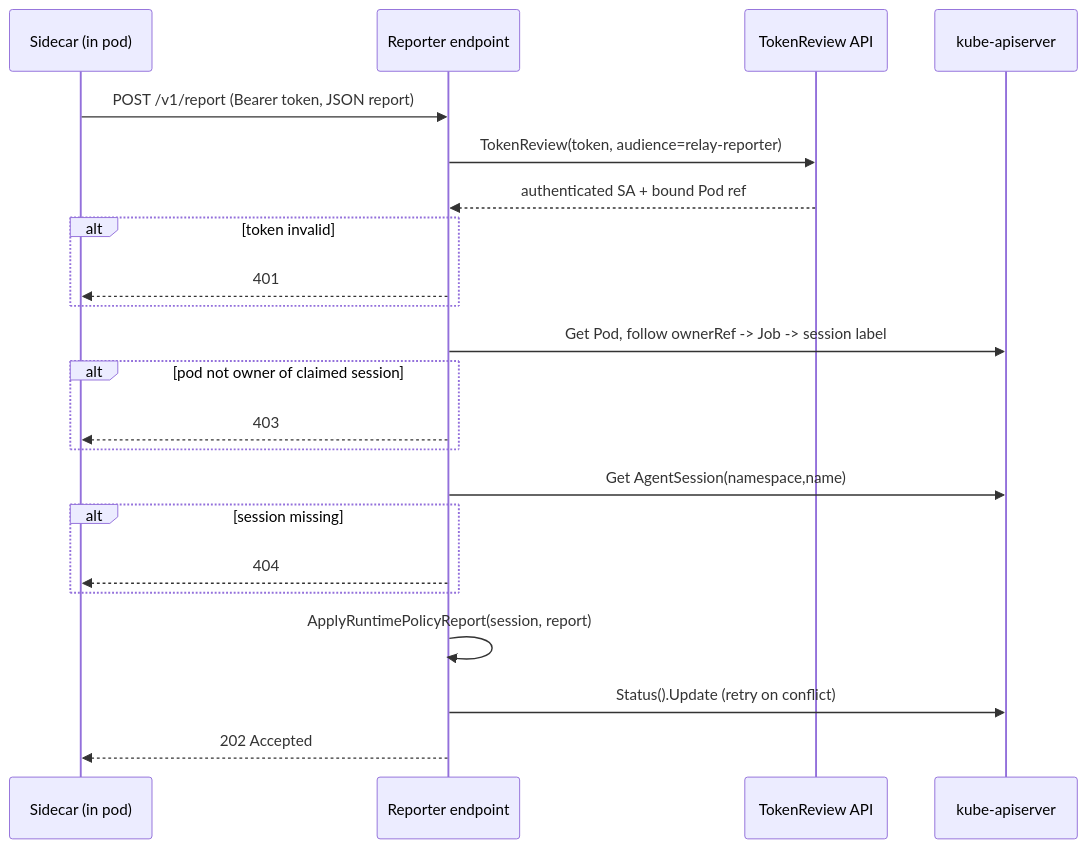
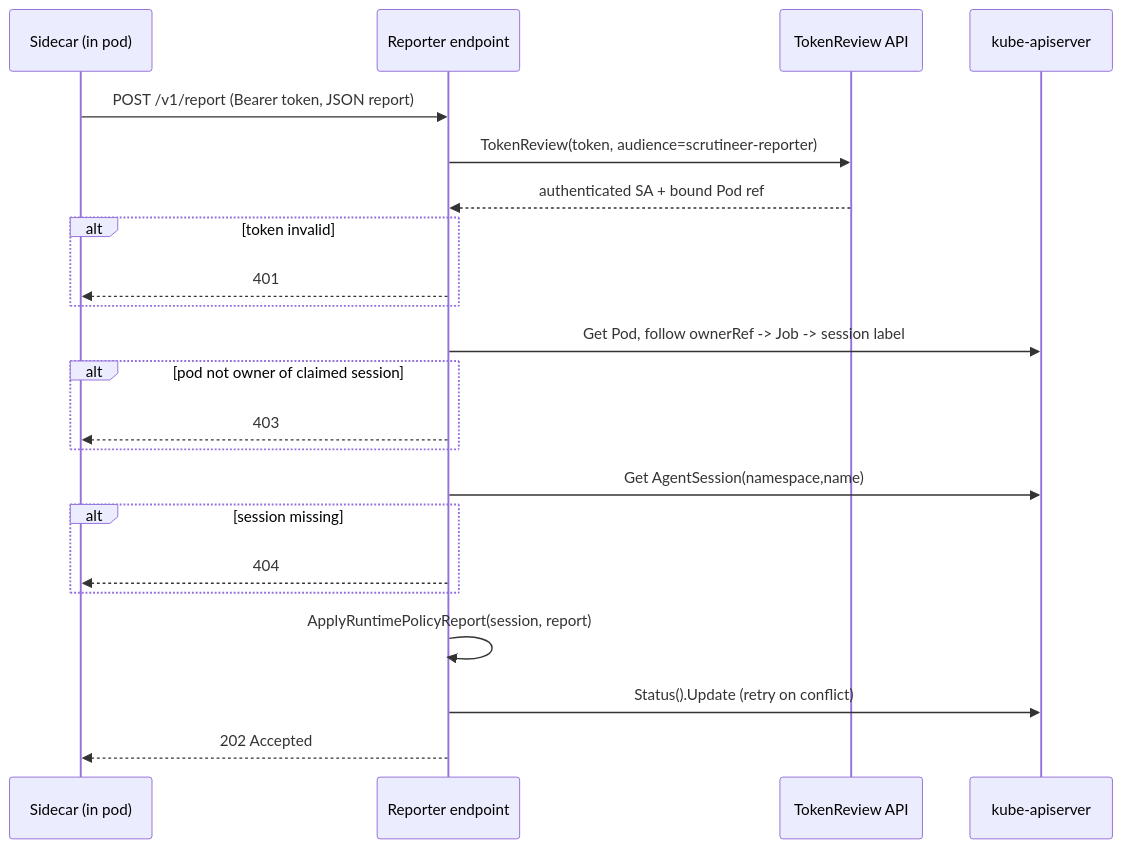
Before and after one commit to grantbarry29/Scrutineer: the second of 2 diagrams in docs/design/phase-3-runtime-reporter-contract.md, drawn with Mermaid. The commit also changed other lines of this file and 261 other files, not shown here.

First line of the commit message:
chore: rename Relay -> Scrutineer (module path, API group, names) (refs #51)

````diff
--- a/docs/design/phase-3-runtime-reporter-contract.md
+++ b/docs/design/phase-3-runtime-reporter-contract.md
@@ -180,24 +180,24 @@
 ```mermaid
 sequenceDiagram
     participant S as Sidecar (in pod)
     participant R as Reporter endpoint
     participant TR as TokenReview API
     participant K as kube-apiserver
     S->>R: POST /v1/report (Bearer token, JSON report)
-    R->>TR: TokenReview(token, audience=relay-reporter)
+    R->>TR: TokenReview(token, audience=scrutineer-reporter)
     TR-->>R: authenticated SA + bound Pod ref
     alt token invalid
         R-->>S: 401
     end
     R->>K: Get Pod, follow ownerRef -> Job -> session label
     alt pod not owner of claimed session
         R-->>S: 403
     end
     R->>K: Get AgentSession(namespace,name)
     alt session missing
         R-->>S: 404
     end
     R->>R: ApplyRuntimePolicyReport(session, report)
     R->>K: Status().Update (retry on conflict)
     R-->>S: 202 Accepted
 ```
````
